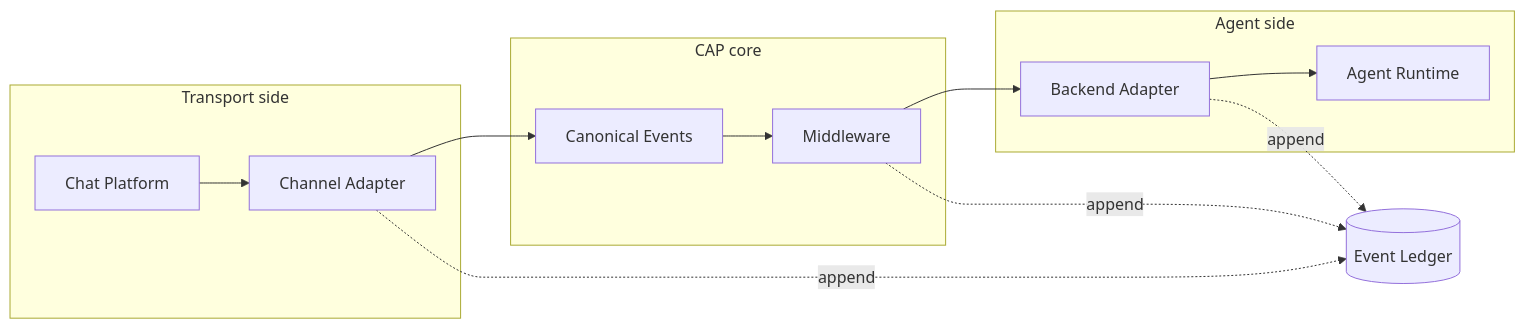
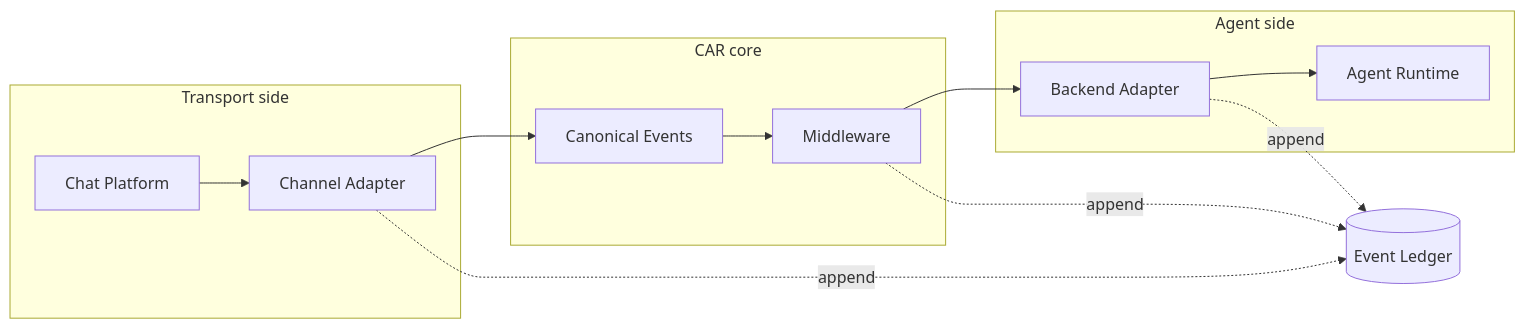
Before and after one commit to ChatAgentRelay/ChatAgentRelay: the first of 5 diagrams in docs/architecture.md, drawn with Mermaid. The commit also changed other lines of this file and 157 other files, not shown here.

````diff
--- a/docs/architecture.md
+++ b/docs/architecture.md
@@ -7,25 +7,25 @@
 ```mermaid
 flowchart LR
   subgraph Transport["Transport side"]
     Chat[Chat Platform]
     CA[Channel Adapter]
   end
-  subgraph Core["CAP core"]
+  subgraph Core["CAR core"]
     Canon[Canonical Events]
     MW[Middleware]
   end
   subgraph Agent["Agent side"]
     BA[Backend Adapter]
     AR[Agent Runtime]
   end
   EL[(Event Ledger)]
 
   Chat --> CA
   CA --> Canon
   Canon --> MW
   MW --> BA
   BA --> AR
   CA -.->|append| EL
   MW -.->|append| EL
   BA -.->|append| EL
 ```
````
